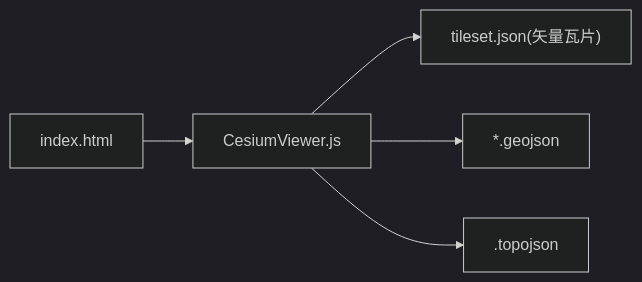
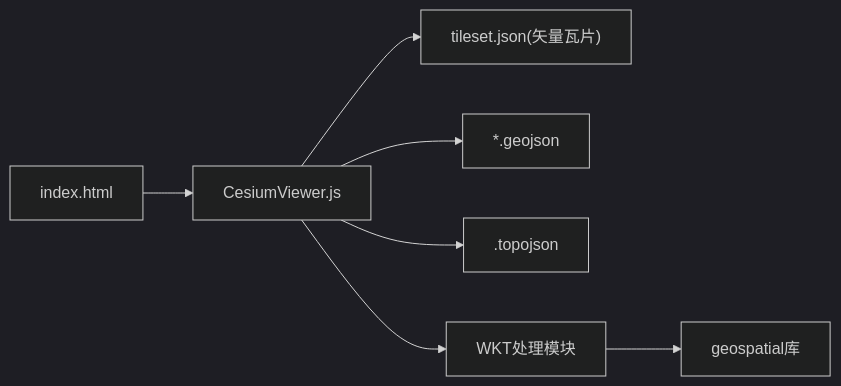
Before and after one commit to rzhangjing/cesium: the ninth of 9 diagrams in .qoder/repowiki/zh/content/示例教程/数据加载示例/矢量数据加载.md, drawn with Mermaid (dark theme). The commit also changed other lines of this file and 90 other files, not shown here.

````diff
--- a/.qoder/repowiki/zh/content/示例教程/数据加载示例/矢量数据加载.md
+++ b/.qoder/repowiki/zh/content/示例教程/数据加载示例/矢量数据加载.md
@@ -316,7 +352,9 @@
 ```mermaid
 graph LR
 HTML["index.html"] --> JS["CesiumViewer.js"]
 JS --> VT["tileset.json(矢量瓦片)"]
 JS --> GEO["*.geojson"]
 JS --> TOPO[".topojson"]
+JS --> WKT["WKT处理模块"]
+WKT --> GEOS["geospatial库"]
 ```
````
